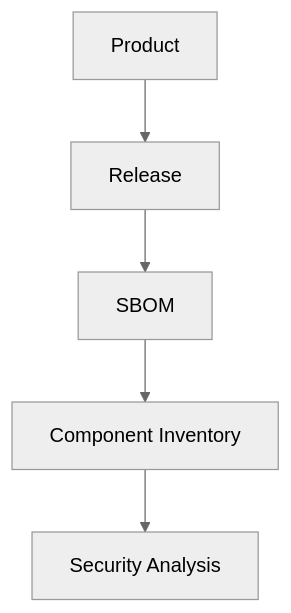
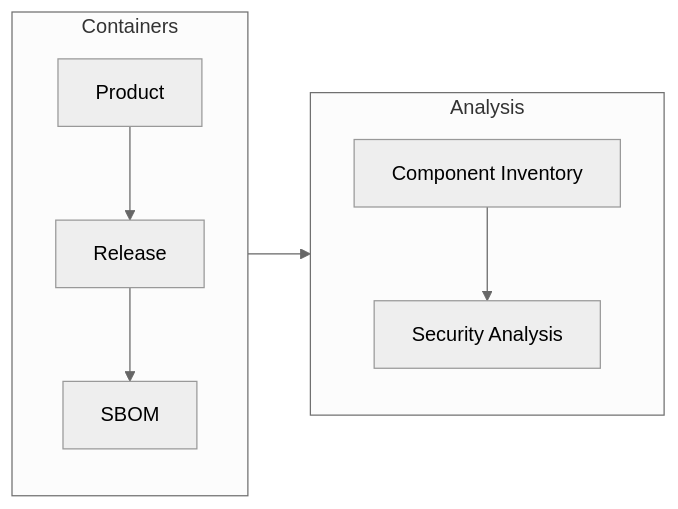
Before and after one commit to Linuscent/aura-help: the diagram in src/content/docs/inventory/overview.md, drawn with Mermaid (neutral theme). The commit also changed 11 other files, not shown here.

Commit message:
docs: improve Mermaid workflow diagrams

````diff
--- a/src/content/docs/inventory/overview.md
+++ b/src/content/docs/inventory/overview.md
@@ -17,7 +17,13 @@
 ```mermaid
-flowchart TD
-    A[Product] --> B[Release]
-    B --> C[SBOM]
-    C --> D[Component Inventory]
-    D --> E[Security Analysis]
+flowchart LR
+    subgraph contain["Containers"]
+        direction TB
+        A[Product] --> B[Release] --> C[SBOM]
+    end
+    subgraph analyse["Analysis"]
+        direction TB
+        D[Component Inventory] --> E[Security Analysis]
+    end
+
+    contain --> analyse
 ```
````
